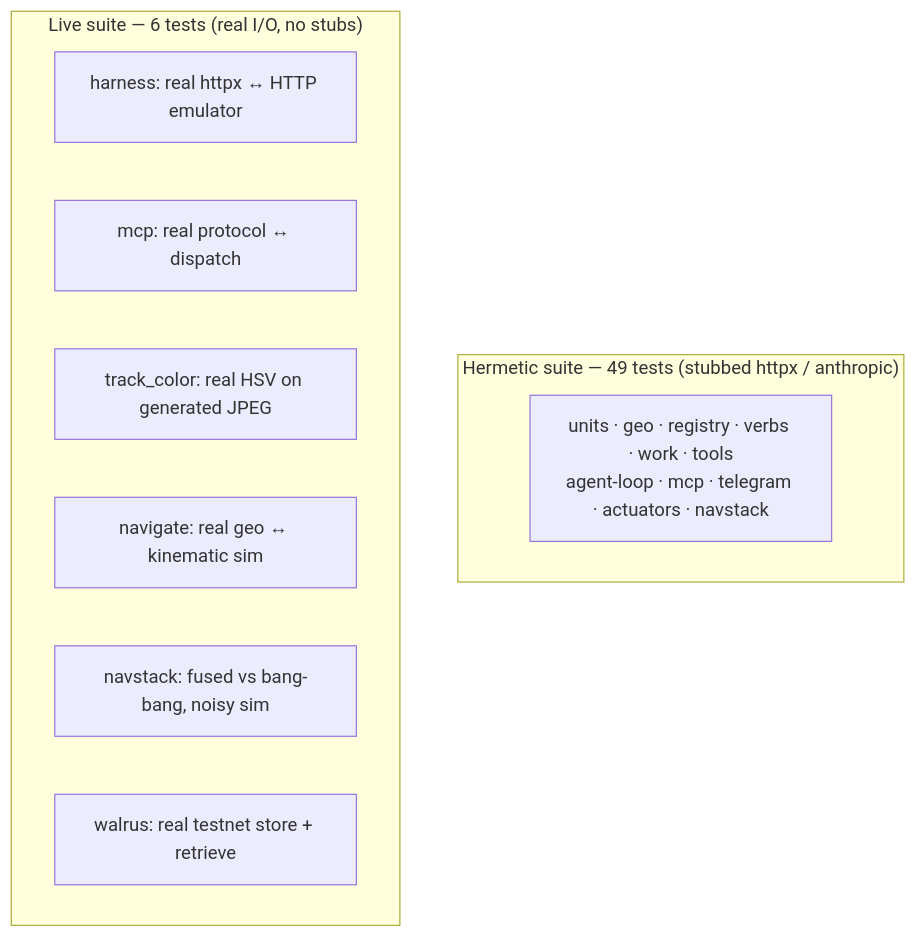
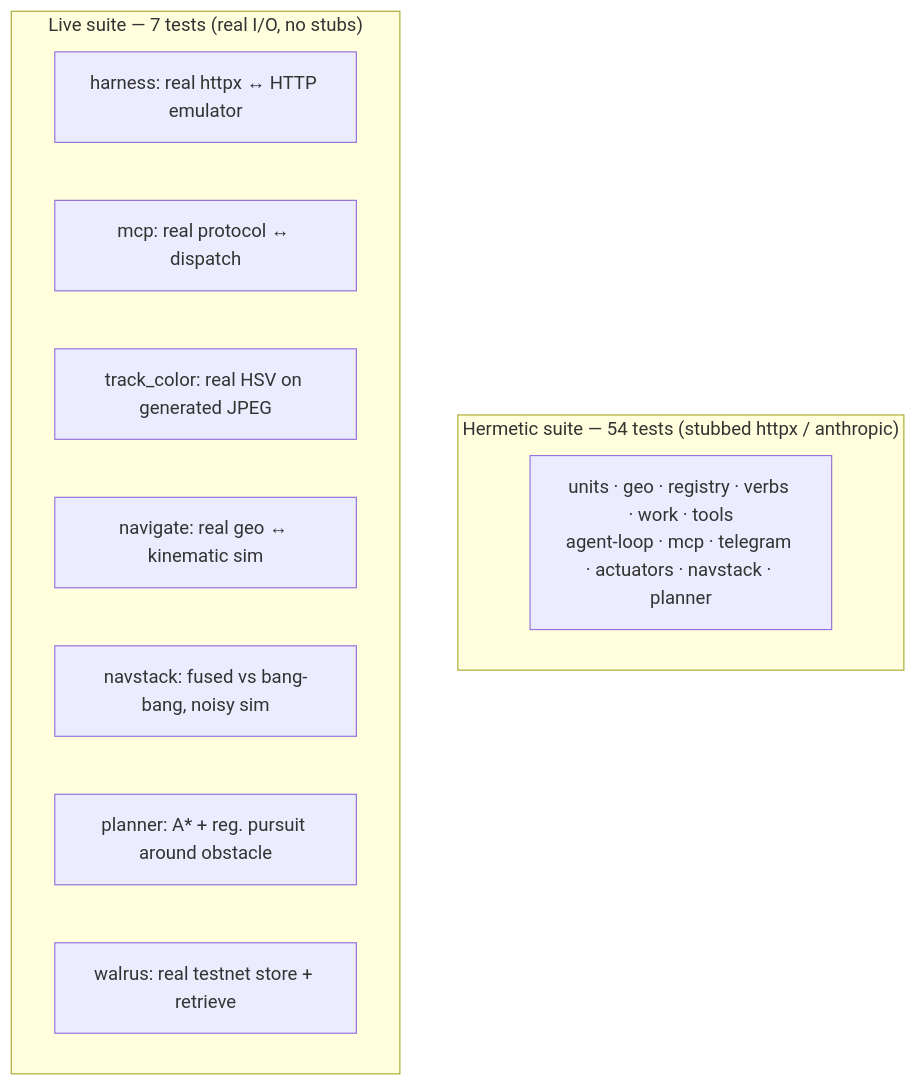
One commit to 0xSoftBoi/mini-plus-agent-kit changed diagram 15 of 15 in docs/ARCHITECTURE.md. Above: the diagram before and after it, drawn with Mermaid. The commit also changed other lines of this file and 7 other files, not shown here.

First line of the commit message:
feat(nav): global path planning + regulated pure pursuit (route around obstacles)

````diff
--- a/docs/ARCHITECTURE.md
+++ b/docs/ARCHITECTURE.md
@@ -497,14 +547,15 @@
 ```mermaid
 flowchart TB
-  subgraph H["Hermetic suite &mdash; 49 tests (stubbed httpx / anthropic)"]
-    HU["units · geo · registry · verbs · work · tools<br/>agent-loop · mcp · telegram · actuators · navstack"]
+  subgraph H["Hermetic suite &mdash; 54 tests (stubbed httpx / anthropic)"]
+    HU["units · geo · registry · verbs · work · tools<br/>agent-loop · mcp · telegram · actuators · navstack · planner"]
   end
-  subgraph L["Live suite &mdash; 6 tests (real I/O, no stubs)"]
+  subgraph L["Live suite &mdash; 7 tests (real I/O, no stubs)"]
     L1["harness: real httpx &harr; HTTP emulator"]
     L2["mcp: real protocol &harr; dispatch"]
     L3["track_color: real HSV on generated JPEG"]
     L4["navigate: real geo &harr; kinematic sim"]
     L5["navstack: fused vs bang-bang, noisy sim"]
-    L6["walrus: real testnet store + retrieve"]
+    L6["planner: A* + reg. pursuit around obstacle"]
+    L7["walrus: real testnet store + retrieve"]
   end
 ```
````
